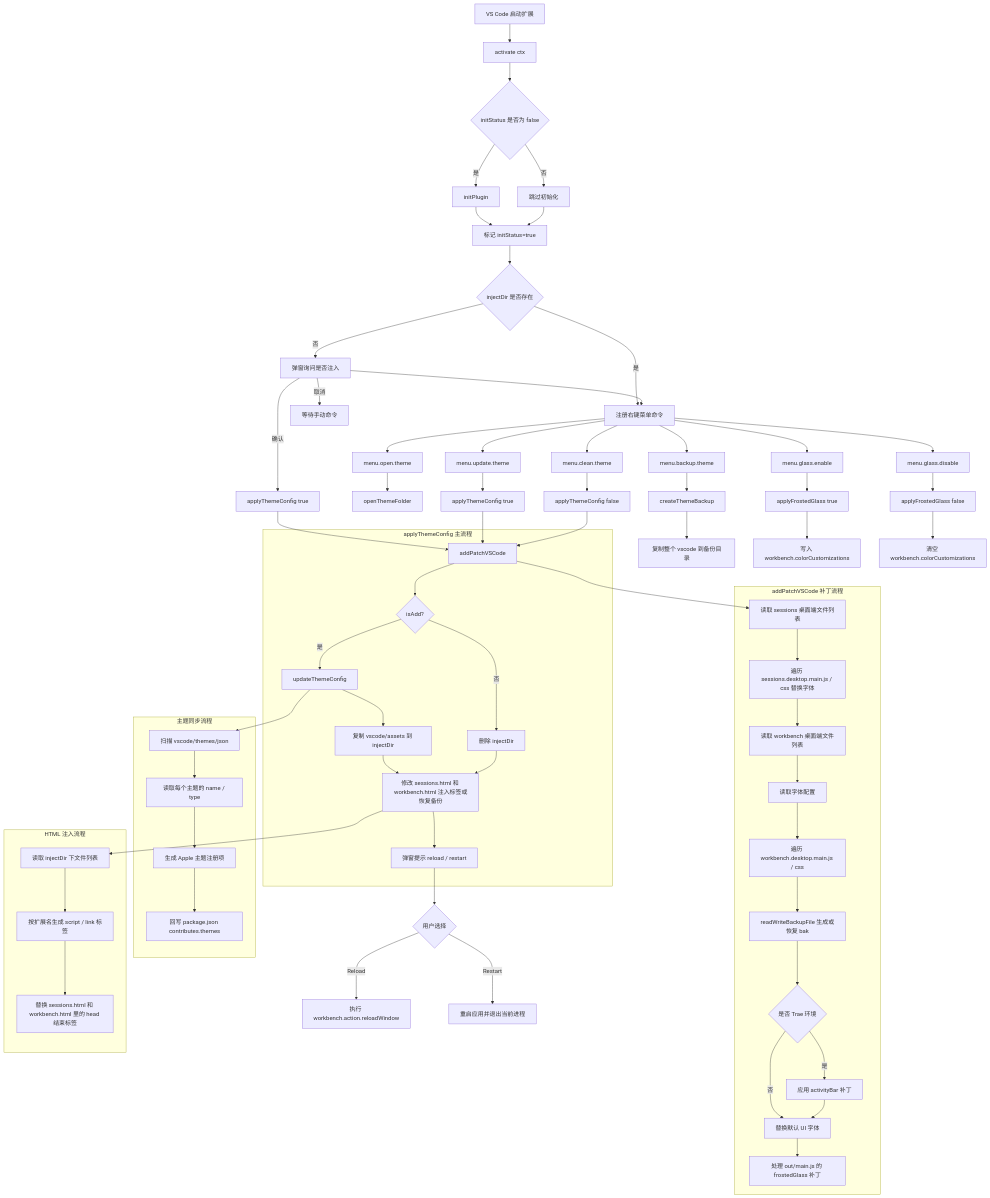
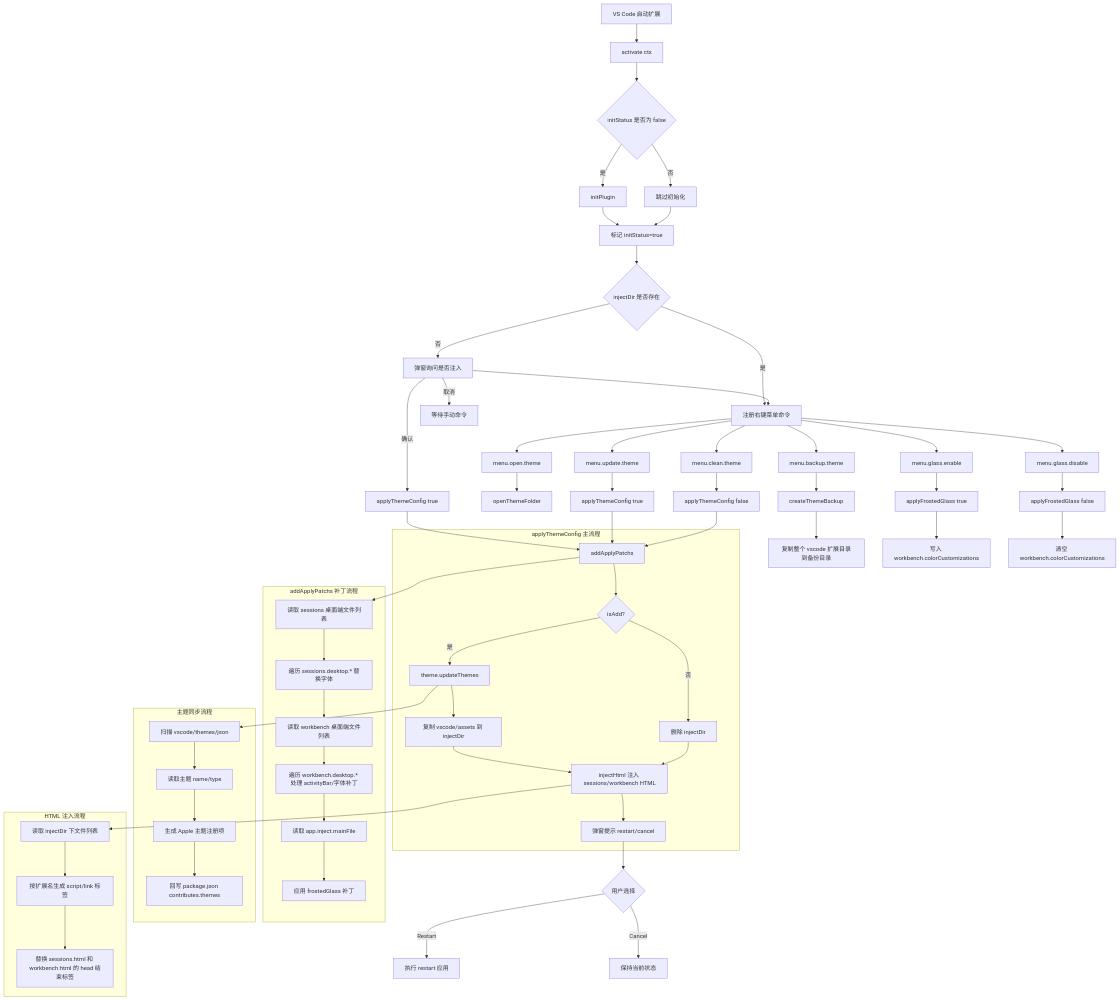
One commit to wangmings/macintosh-ui changed the diagram in FLOW.md. Above: the diagram before and after it, drawn with Mermaid. The commit also changed other lines of this file and 4 other files, not shown here.

First line of the commit message:
refactor: rename core functions and extract injectHtml

````diff
--- a/FLOW.md
+++ b/FLOW.md
@@ -31,18 +31,18 @@
     L4 --> O1[createThemeBackup]
     L5 --> P1[applyFrostedGlass true]
     L6 --> P2[applyFrostedGlass false]
-    O1 --> O2[复制整个 vscode 到备份目录]
+    O1 --> O2[复制整个 vscode 扩展目录到备份目录]
     P1 --> P3[写入 workbench.colorCustomizations]
     P2 --> P4[清空 workbench.colorCustomizations]
 
     subgraph Q[applyThemeConfig 主流程]
-        Q1[addPatchVSCode]
+        Q1[addApplyPatchs]
         Q2{isAdd?}
-        Q3[updateThemeConfig]
+        Q3[theme.updateThemes]
         Q4[复制 vscode/assets 到 injectDir]
         Q5[删除 injectDir]
-        Q6[修改 sessions.html 和 workbench.html 注入标签或恢复备份]
-        Q7[弹窗提示 reload / restart]
+        Q6[injectHtml 注入 sessions/workbench HTML]
+        Q7[弹窗提示 restart/cancel]
     end
 
     I --> Q1
@@ -56,17 +56,13 @@
     Q5 --> Q6
     Q6 --> Q7
 
-    subgraph R[addPatchVSCode 补丁流程]
+    subgraph R[addApplyPatchs 补丁流程]
         R1[读取 sessions 桌面端文件列表]
-        R2[遍历 sessions.desktop.main.js / css 替换字体]
+        R2[遍历 sessions.desktop.* 替换字体]
         R3[读取 workbench 桌面端文件列表]
-        R4[读取字体配置]
-        R5[遍历 workbench.desktop.main.js / css]
-        R6[readWriteBackupFile 生成或恢复 bak]
-        R7{是否 Trae 环境}
-        R8[应用 activityBar 补丁]
-        R9[替换默认 UI 字体]
-        R10[处理 out/main.js 的 frostedGlass 补丁]
+        R4[遍历 workbench.desktop.* 处理 activityBar/字体补丁]
+        R5[读取 app.inject.mainFile]
+        R6[应用 frostedGlass 补丁]
     end
 
     Q1 --> R1
@@ -75,15 +71,10 @@
     R3 --> R4
     R4 --> R5
     R5 --> R6
-    R6 --> R7
-    R7 -- 是 --> R8
-    R7 -- 否 --> R9
-    R8 --> R9
-    R9 --> R10
 
     subgraph S[主题同步流程]
         S1[扫描 vscode/themes/json]
-        S2[读取每个主题的 name / type]
+        S2[读取主题 name/type]
         S3[生成 Apple 主题注册项]
         S4[回写 package.json contributes.themes]
     end
@@ -95,8 +86,8 @@
 
     subgraph T[HTML 注入流程]
         T1[读取 injectDir 下文件列表]
-        T2[按扩展名生成 script / link 标签]
-        T3[替换 sessions.html 和 workbench.html 里的 head 结束标签]
+        T2[按扩展名生成 script/link 标签]
+        T3[替换 sessions.html 和 workbench.html 的 head 结束标签]
     end
 
     Q6 --> T1
@@ -104,6 +95,6 @@
     T2 --> T3
 
     Q7 --> U{用户选择}
-    U -- Reload --> U1[执行 workbench.action.reloadWindow]
-    U -- Restart --> U2[重启应用并退出当前进程]
+    U -- Restart --> U1[执行 restart 应用]
+    U -- Cancel --> U2[保持当前状态]
 ```
````
